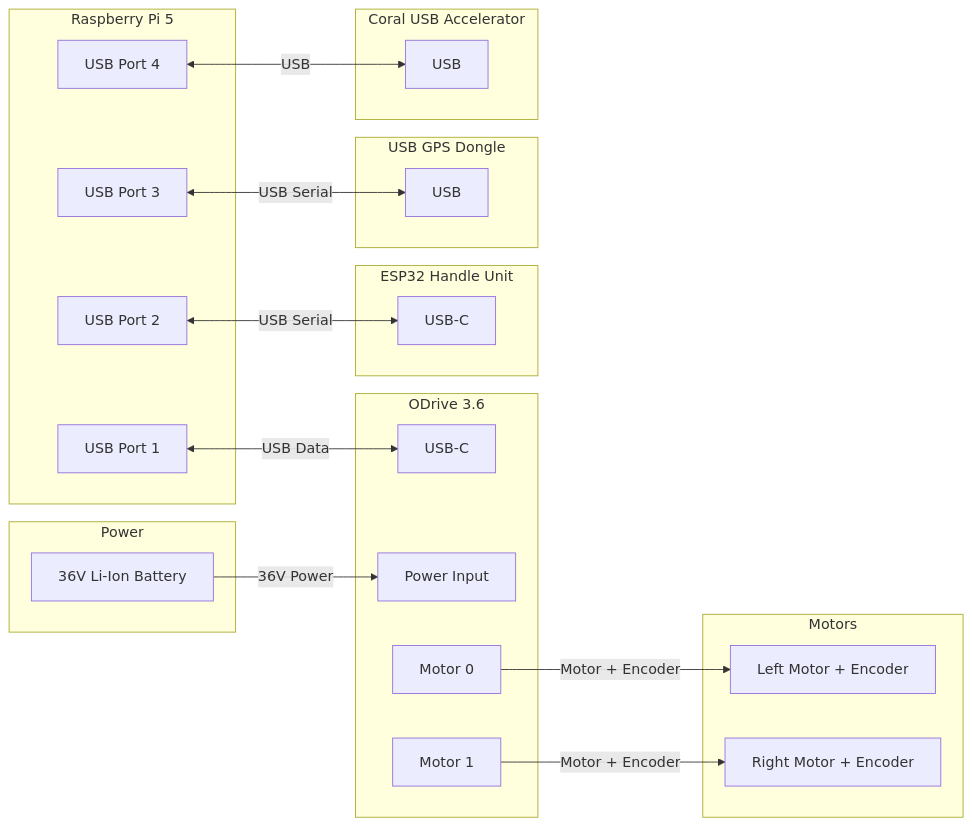
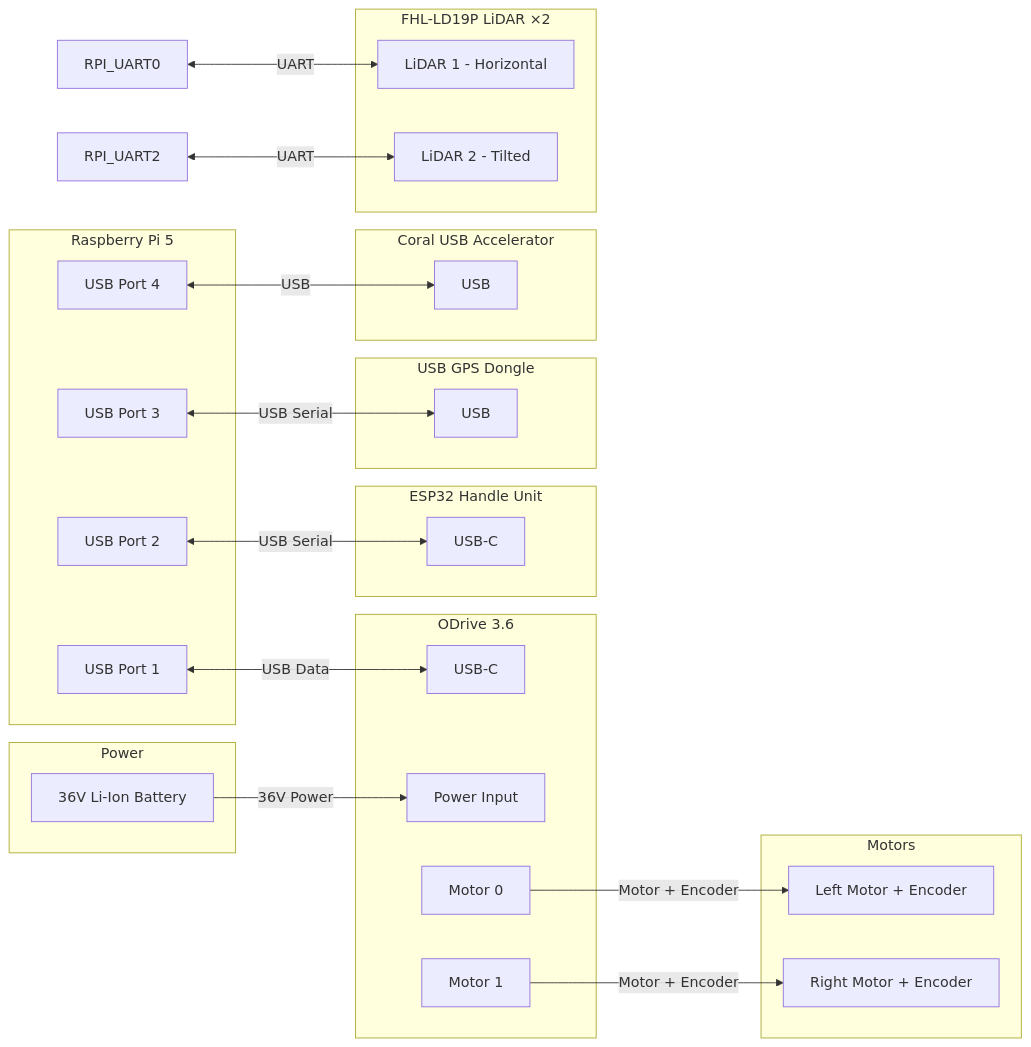
Before and after one commit to schmidt-daniel/golfcart-ai: the first of 2 diagrams in docs/wiring.md, drawn with Mermaid. The commit also changed other lines of this file and 2 other files, not shown here.

First line of the commit message:
docs: correct power estimate + add second LiDAR UART wiring

````diff
--- a/docs/wiring.md
+++ b/docs/wiring.md
@@ -24,45 +24,52 @@
 ```mermaid
 graph LR
     subgraph Power
         BAT[36V Li-Ion Battery]
     end
 
     subgraph RPi[Raspberry Pi 5]
         RPI_USB1[USB Port 1]
         RPI_USB2[USB Port 2]
         RPI_USB3[USB Port 3]
         RPI_USB4[USB Port 4]
     end
 
     subgraph ODrive[ODrive 3.6]
         ODRIVE_USB[USB-C]
         ODRIVE_PWR[Power Input]
         ODRIVE_M0[Motor 0]
         ODRIVE_M1[Motor 1]
     end
 
     subgraph Motors
         M0[Left Motor + Encoder]
         M1[Right Motor + Encoder]
     end
 
     subgraph Handle[ESP32 Handle Unit]
         HANDLE_USB[USB-C]
     end
 
     subgraph GPS[USB GPS Dongle]
         GPS_USB[USB]
     end
 
     subgraph Coral[Coral USB Accelerator]
         CORAL_USB[USB]
     end
 
+    subgraph Lidar[FHL-LD19P LiDAR ×2]
+        LIDAR1[LiDAR 1 - Horizontal]
+        LIDAR2[LiDAR 2 - Tilted]
+    end
+
     BAT -->|36V Power| ODRIVE_PWR
     RPI_USB1 <-->|USB Data| ODRIVE_USB
     ODRIVE_M0 -->|Motor + Encoder| M0
     ODRIVE_M1 -->|Motor + Encoder| M1
     RPI_USB2 <-->|USB Serial| HANDLE_USB
     RPI_USB3 <-->|USB Serial| GPS_USB
     RPI_USB4 <-->|USB| CORAL_USB
+    RPI_UART0 <-->|UART| LIDAR1
+    RPI_UART2 <-->|UART| LIDAR2
 ```
````
